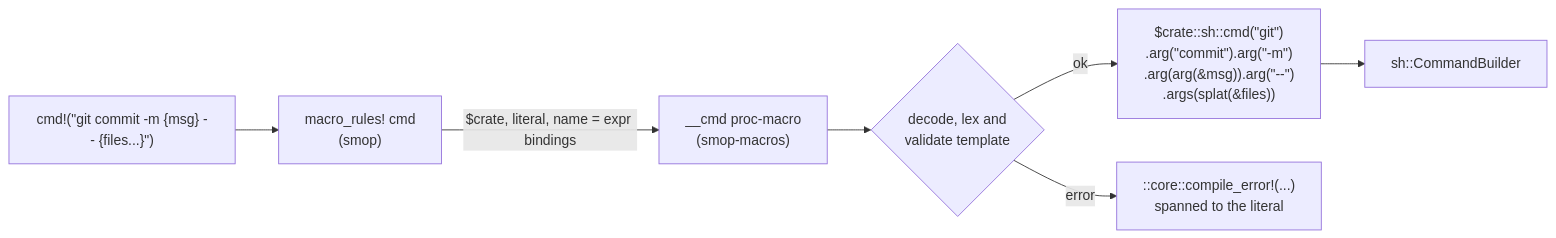
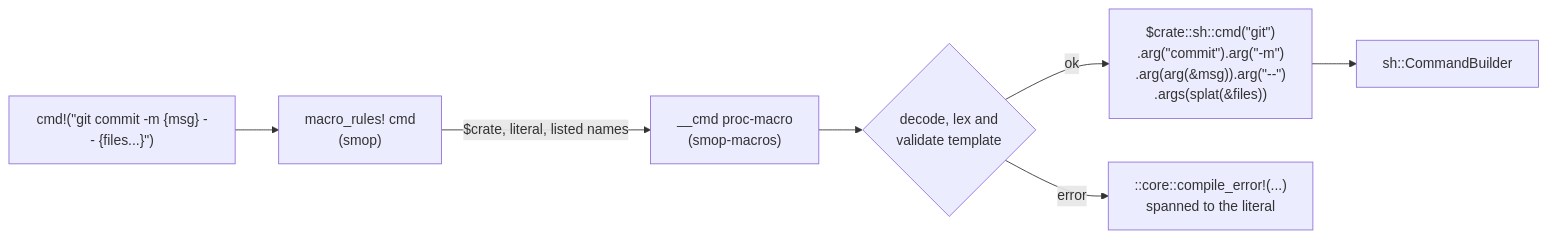
Before and after one commit to madmax983/smop: the diagram in docs/adr/0007-cmd-macro.md, drawn with Mermaid. The commit also changed other lines of this file and 73 other files, not shown here.

First line of the commit message:
cmd! macro: smop-macros crate and macros feature (ADR 0007) (#74)

````diff
--- a/docs/adr/0007-cmd-macro.md
+++ b/docs/adr/0007-cmd-macro.md
@@ -174,9 +175,9 @@
 ```mermaid
 flowchart LR
     A["cmd!(&quot;git commit -m {msg} -- {files...}&quot;)"] --> B["macro_rules! cmd<br/>(smop)"]
-    B -->|"$crate, literal, name = expr bindings"| C["__cmd proc-macro<br/>(smop-macros)"]
+    B -->|"$crate, literal, listed names"| C["__cmd proc-macro<br/>(smop-macros)"]
     C --> D{"decode, lex and<br/>validate template"}
     D -->|ok| E["$crate::sh::cmd(&quot;git&quot;)<br/>.arg(&quot;commit&quot;).arg(&quot;-m&quot;)<br/>.arg(arg(&msg)).arg(&quot;--&quot;)<br/>.args(splat(&files))"]
     D -->|error| F["::core::compile_error!(...)<br/>spanned to the literal"]
     E --> G["sh::CommandBuilder"]
 ```
````
